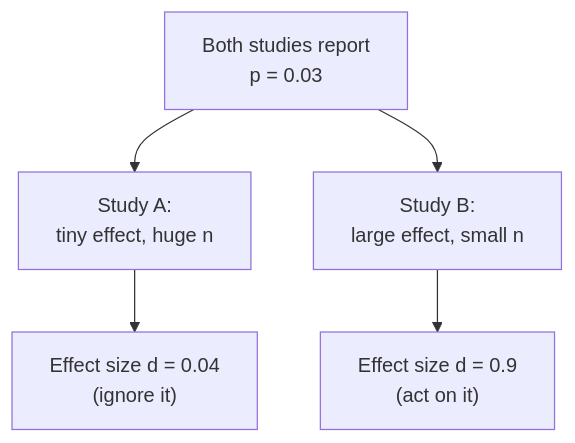
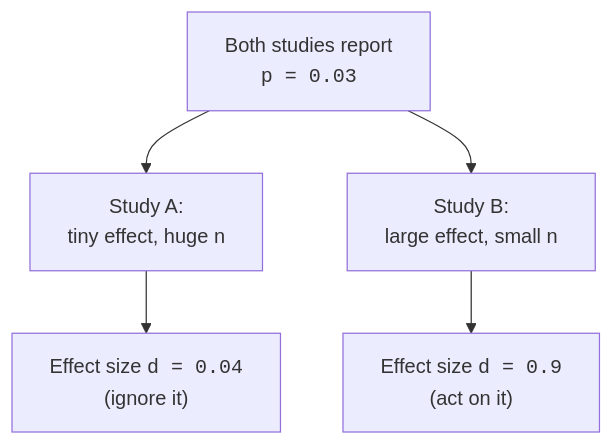
The second of 3 diagrams in content/learn/statistics-for-data-science-python/effect-sizes.mdx (dataslope/dataslope), drawn with Mermaid before and after one commit. The commit also changed other lines of this file and 100 other files, not shown here.

First line of the commit message:
Wrap more code in diagram labels: filenames, hex, assignments, subgraph titles

````diff
--- a/content/learn/statistics-for-data-science-python/effect-sizes.mdx
+++ b/content/learn/statistics-for-data-science-python/effect-sizes.mdx
@@ -61,7 +61,7 @@
 ```mermaid
 flowchart TD
-  P["Both studies report<br/>p = 0.03"] --> S1["Study A:<br/>tiny effect, huge n"]
+  P["Both studies report<br/><code>p = 0.03</code>"] --> S1["Study A:<br/>tiny effect, huge n"]
   P --> S2["Study B:<br/>large effect, small n"]
-  S1 --> O1["Effect size d = 0.04<br/>(ignore it)"]
-  S2 --> O2["Effect size d = 0.9<br/>(act on it)"]
+  S1 --> O1["Effect size <code>d = 0.04</code><br/>(ignore it)"]
+  S2 --> O2["Effect size <code>d = 0.9</code><br/>(act on it)"]
 ```
````
